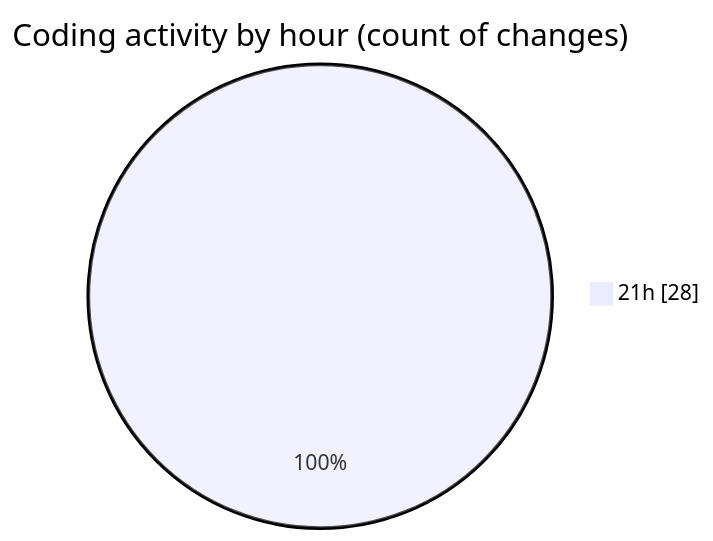
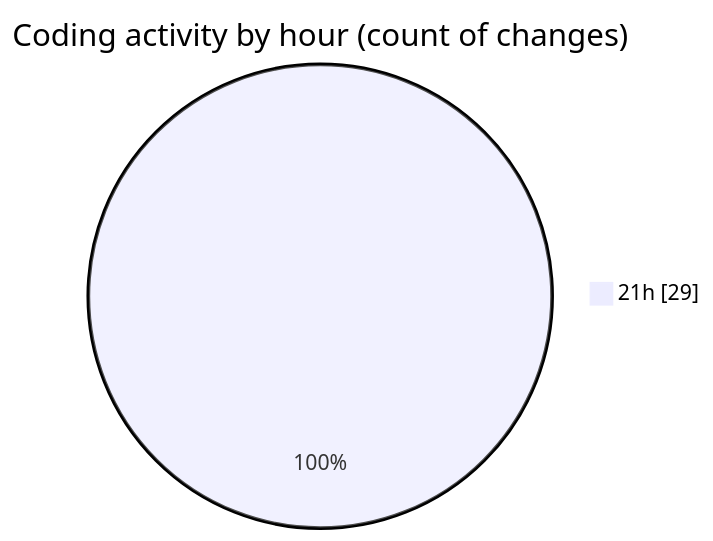
Before and after one commit to Ritupan-Deka/code-tracking: the second of 2 diagrams in 2026-01-02/dsa/README.md, drawn with Mermaid. The commit also changed other lines of this file and 1 other file, not shown here.

````diff
--- a/2026-01-02/dsa/README.md
+++ b/2026-01-02/dsa/README.md
@@ -31,5 +31,5 @@
 ```mermaid
 pie showData
 title Coding activity by hour (count of changes)
-"21h" : 28
+"21h" : 29
 ```
````
